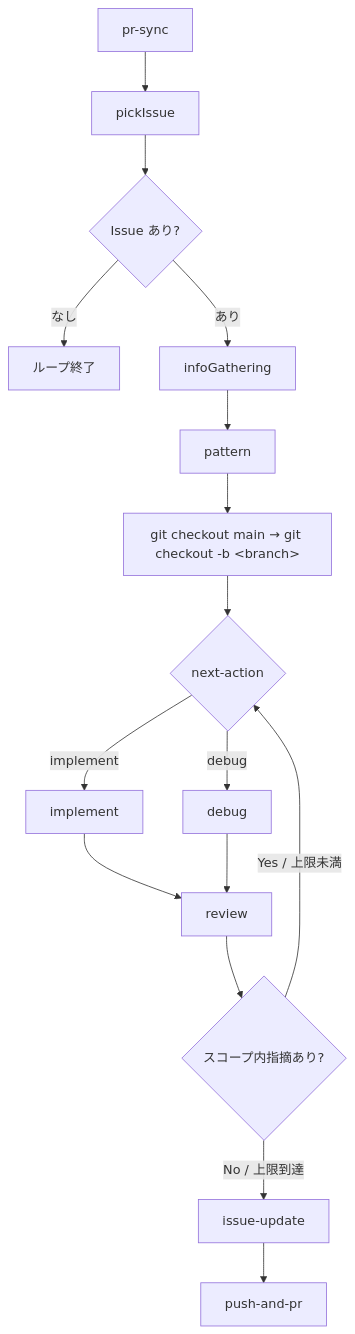
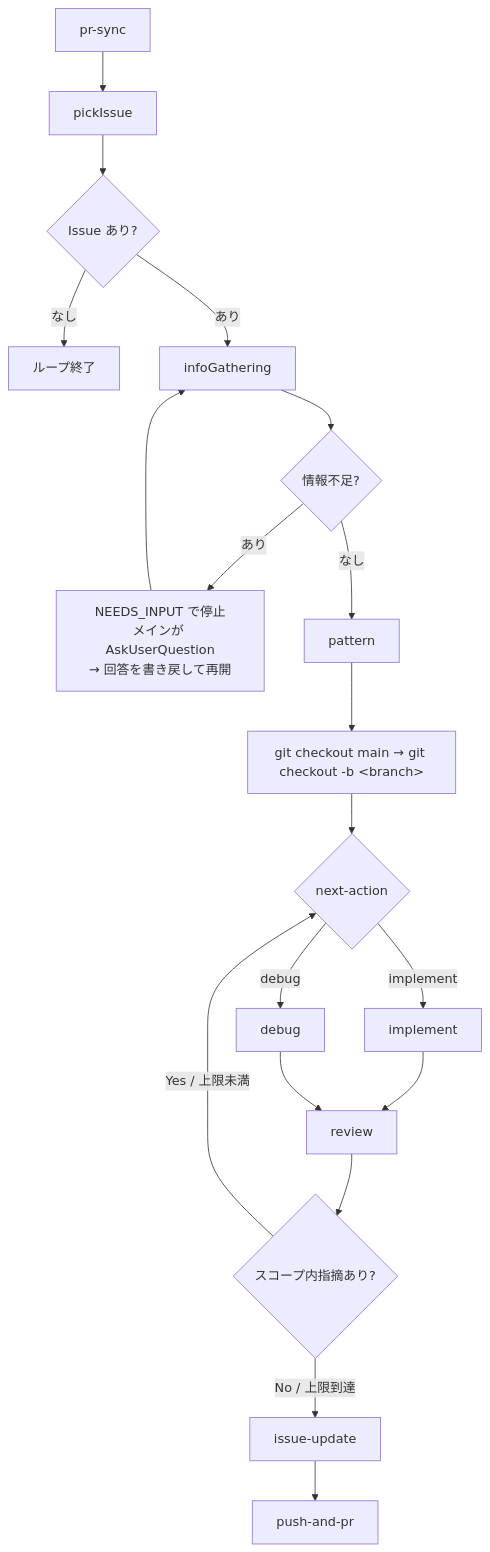
One commit to cou723/issue_loop changed the diagram in spec.md. Above: the diagram before and after it, drawn with Mermaid. The commit also changed other lines of this file and 5 other files, not shown here.

````diff
--- a/spec.md
+++ b/spec.md
@@ -27,18 +27,21 @@
 ```mermaid
 flowchart TD
     A[pr-sync] --> B[pickIssue]
     B --> C{Issue あり?}
     C -- なし --> Z[ループ終了]
     C -- あり --> D[infoGathering]
-    D --> E[pattern]
+    D --> N{情報不足?}
+    N -- "あり" --> Q["NEEDS_INPUT で停止<br/>メインが AskUserQuestion<br/>→ 回答を書き戻して再開"]
+    Q --> D
+    N -- "なし" --> E[pattern]
     E --> F["git checkout main → git checkout -b &lt;branch&gt;"]
     F --> G{next-action}
     G -- implement --> H[implement]
     G -- debug --> I[debug]
     H --> J[review]
     I --> J
     J --> K{スコープ内指摘あり?}
     K -- "Yes / 上限未満" --> G
     K -- "No / 上限到達" --> L[issue-update]
     L --> M[push-and-pr]
 ```
````
